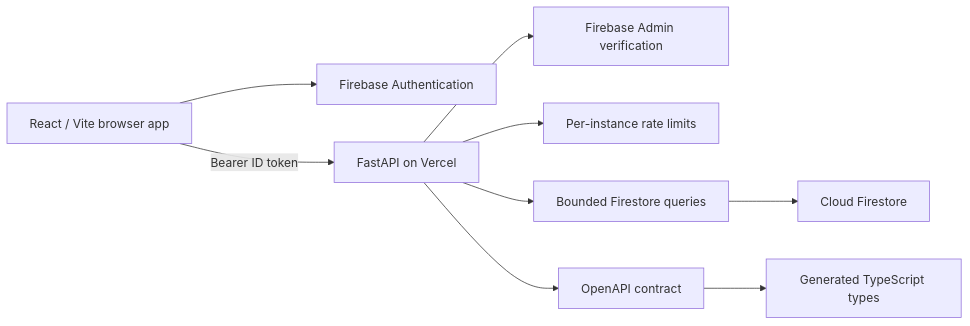
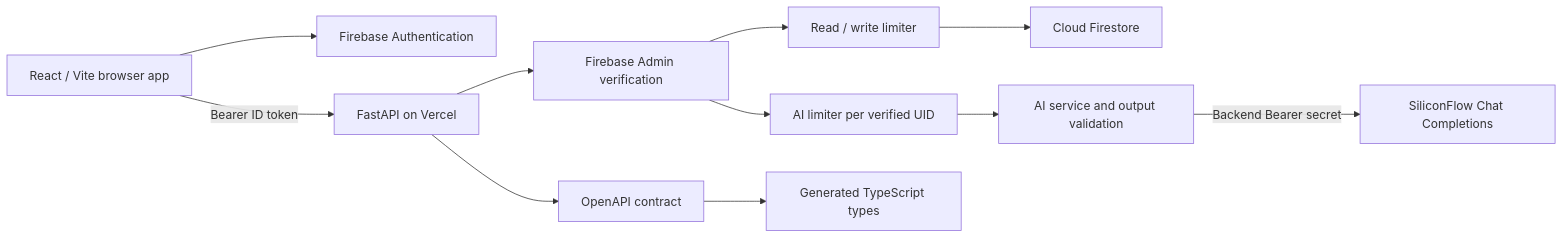
Before and after one commit to Yangjunjie-Lin/notevault: the diagram in README.md, drawn with Mermaid. The commit also changed other lines of this file and 62 other files, not shown here.

First line of the commit message:
Add NoteVault AI Markdown Assistant powered by SiliconFlow.

````diff
--- a/README.md
+++ b/README.md
@@ -49,11 +50,13 @@
 ```mermaid
 flowchart LR
   browser["React / Vite browser app"] --> auth["Firebase Authentication"]
   browser -->|"Bearer ID token"| api["FastAPI on Vercel"]
   api --> verify["Firebase Admin verification"]
-  api --> limiter["Per-instance rate limits"]
-  api --> query["Bounded Firestore queries"]
-  query --> firestore["Cloud Firestore"]
+  verify --> notesLimit["Read / write limiter"]
+  notesLimit --> firestore["Cloud Firestore"]
+  verify --> aiLimit["AI limiter per verified UID"]
+  aiLimit --> aiService["AI service and output validation"]
+  aiService -->|"Backend Bearer secret"| siliconflow["SiliconFlow Chat Completions"]
   api --> openapi["OpenAPI contract"]
   openapi --> types["Generated TypeScript types"]
 ```
````
